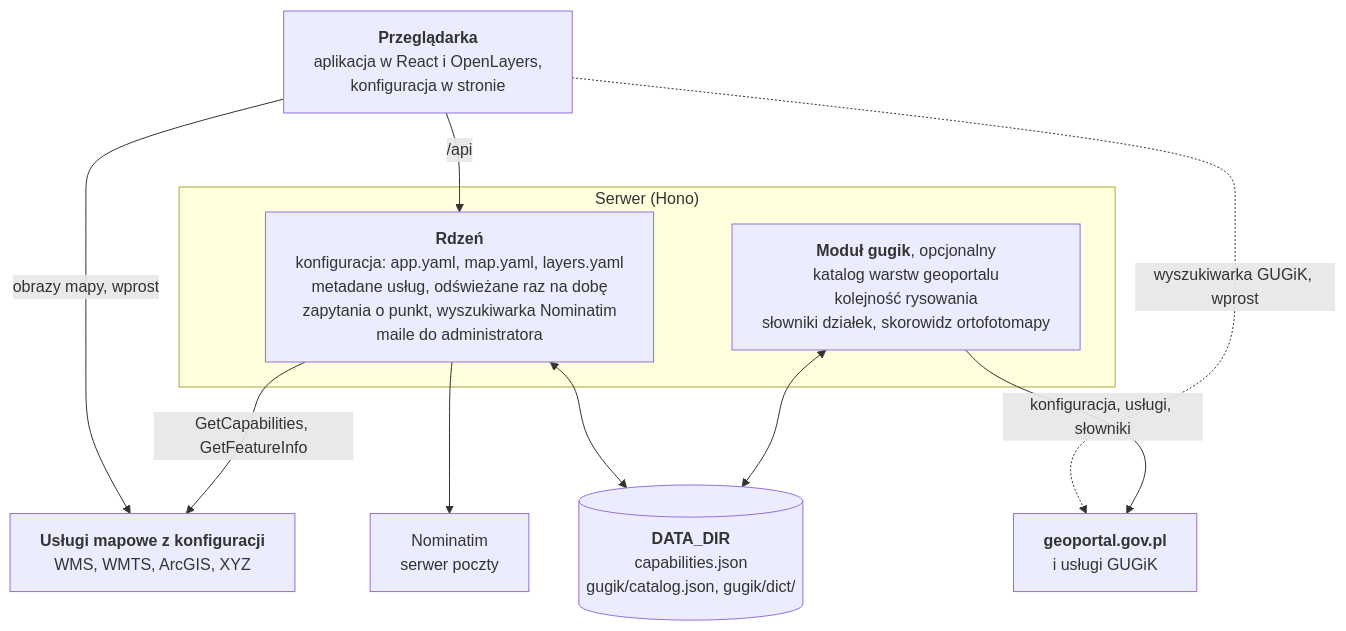
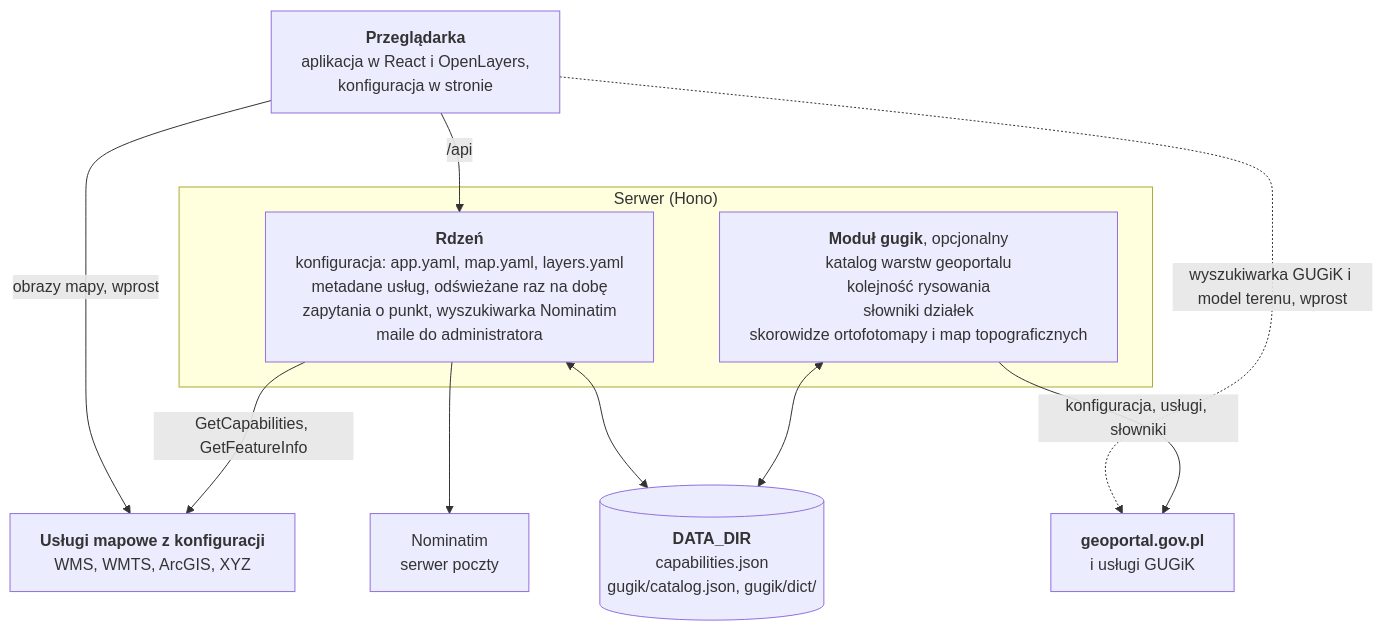
The first of 2 diagrams in docs/pl/architektura.md (envirosolutionspl/minigeoportal), drawn with Mermaid before and after one commit. The commit also changed other lines of this file and 40 other files, not shown here.

````diff
--- a/docs/pl/architektura.md
+++ b/docs/pl/architektura.md
@@ -5,24 +5,24 @@
 ```mermaid
 %%{init: {"flowchart": {"wrappingWidth": 340}}}%%
 flowchart TB
   app["<b>Przeglądarka</b><br/>aplikacja w React i OpenLayers,<br/>konfiguracja w stronie"]
 
   subgraph server["Serwer (Hono)"]
     core["<b>Rdzeń</b><br/>konfiguracja: app.yaml, map.yaml, layers.yaml<br/>metadane usług, odświeżane raz na dobę<br/>zapytania o punkt, wyszukiwarka Nominatim<br/>maile do administratora"]
-    gugik["<b>Moduł gugik</b>, opcjonalny<br/>katalog warstw geoportalu<br/>kolejność rysowania<br/>słowniki działek, skorowidz ortofotomapy"]
+    gugik["<b>Moduł gugik</b>, opcjonalny<br/>katalog warstw geoportalu<br/>kolejność rysowania<br/>słowniki działek<br/>skorowidze ortofotomapy i map topograficznych"]
   end
 
   data[("<b>DATA_DIR</b><br/>capabilities.json<br/>gugik/catalog.json, gugik/dict/")]
   services["<b>Usługi mapowe z konfiguracji</b><br/>WMS, WMTS, ArcGIS, XYZ"]
   geoportal["<b>geoportal.gov.pl</b><br/>i usługi GUGiK"]
   other["Nominatim<br/>serwer poczty"]
 
   app -- "/api" --> core
   app -- "obrazy mapy, wprost" --> services
-  app -. "wyszukiwarka GUGiK, wprost" .-> geoportal
+  app -. "wyszukiwarka GUGiK i model terenu, wprost" .-> geoportal
   core -- "GetCapabilities, GetFeatureInfo" --> services
   core --> other
   gugik -- "konfiguracja, usługi, słowniki" --> geoportal
   core <--> data
   gugik <--> data
 ```
````
